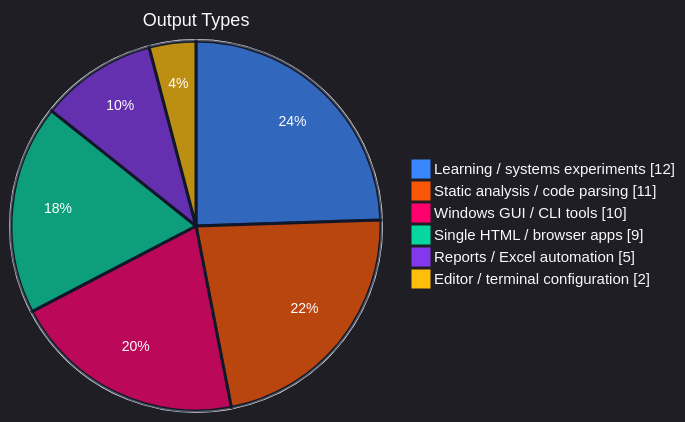
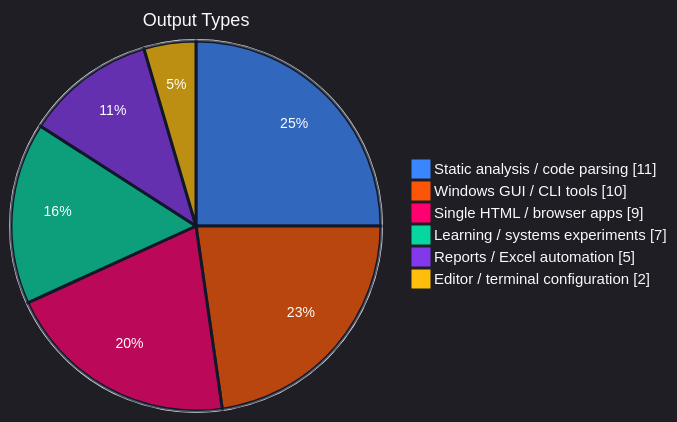
The second of 4 diagrams in README.md (SSsan-00/SSsan-00), drawn with Mermaid before and after one commit. The commit also changed other lines of this file and 1 other file, not shown here.

````diff
--- a/README.md
+++ b/README.md
@@ -46,11 +46,11 @@
 ```mermaid
 %%{init: {"theme":"dark","themeVariables":{"background":"#0f172a","mainBkg":"#0f172a","textColor":"#f8fafc","primaryTextColor":"#f8fafc","pieStrokeColor":"#0f172a","pieStrokeWidth":"3px","pieOuterStrokeColor":"#f8fafc","pieOuterStrokeWidth":"2px","pieTitleTextColor":"#f8fafc","pieTitleTextSize":"18px","pieLegendTextColor":"#f8fafc","pieLegendTextSize":"15px","pieSectionTextColor":"#ffffff","pieSectionTextSize":"14px","pie1":"#3a86ff","pie2":"#fb5607","pie3":"#ff006e","pie4":"#06d6a0","pie5":"#8338ec","pie6":"#ffbe0b"}}}%%
 pie showData
   title Output Types
-  "Learning / systems experiments" : 12
   "Static analysis / code parsing" : 11
   "Windows GUI / CLI tools" : 10
   "Single HTML / browser apps" : 9
+  "Learning / systems experiments" : 7
   "Reports / Excel automation" : 5
   "Editor / terminal configuration" : 2
 ```
````
